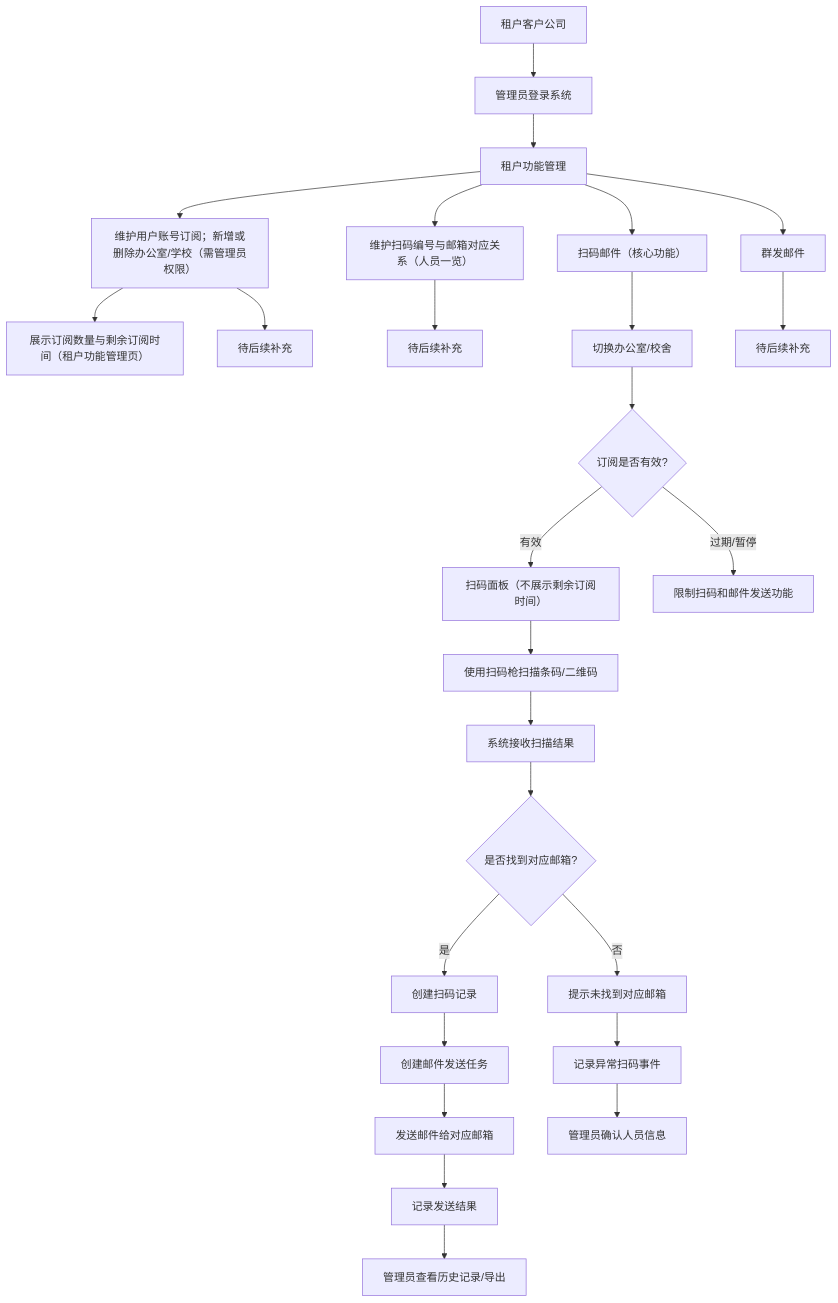
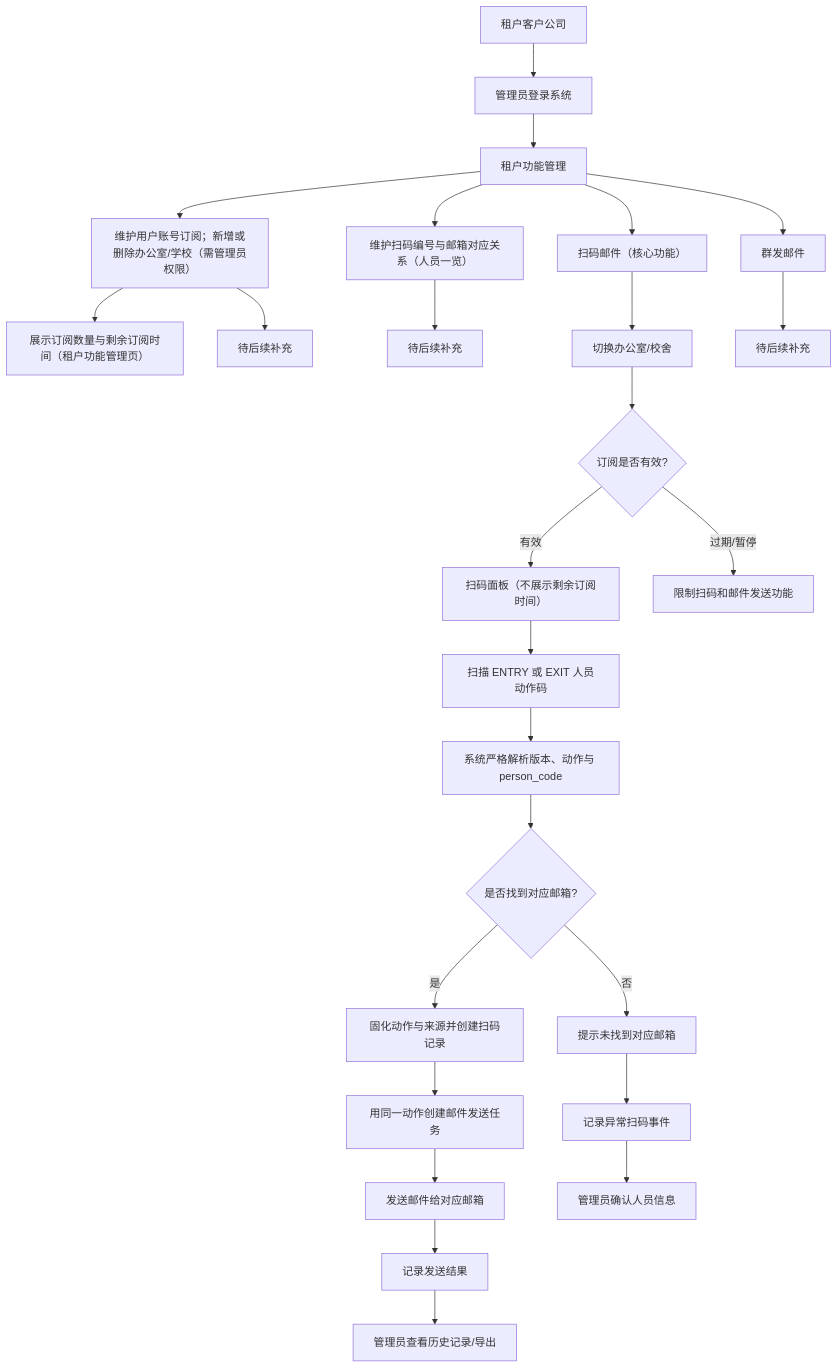
The diagram in docs/architecture.md (omajilmanbo/poolduck-mail), drawn with Mermaid before and after one commit. The commit also changed other lines of this file and 133 other files, not shown here.

````diff
--- a/docs/architecture.md
+++ b/docs/architecture.md
@@ -96,33 +118,33 @@
 ```mermaid
 flowchart TD
     A[租户客户公司] --> B[管理员登录系统]
     B --> C[租户功能管理]
     C --> CA[维护用户账号订阅；新增或删除办公室/学校（需管理员权限）]
     CA --> CA2[展示订阅数量与剩余订阅时间（租户功能管理页）]
     C --> CB[维护扫码编号与邮箱对应关系（人员一览）]
     C --> CC[扫码邮件（核心功能）]
     C --> CD[群发邮件]
     
     CA --> CA1[待后续补充]
     CB --> CB1[待后续补充]
 
     CC --> CC1[切换办公室/校舍]
     CC1 --> CC2{订阅是否有效?}
     CC2 -- 有效 --> CC3[扫码面板（不展示剩余订阅时间）]
     CC2 -- 过期/暂停 --> CC12[限制扫码和邮件发送功能]    
 
-    CC3 --> CC4[使用扫码枪扫描条码/二维码]
-    CC4 --> CC5[系统接收扫描结果]
+    CC3 --> CC4[扫描 ENTRY 或 EXIT 人员动作码]
+    CC4 --> CC5[系统严格解析版本、动作与 person_code]
     CC5 --> CC6{是否找到对应邮箱?}
-    CC6 -- 是 --> CC7[创建扫码记录]
-    CC7 --> CC8[创建邮件发送任务]
+    CC6 -- 是 --> CC7[固化动作与来源并创建扫码记录]
+    CC7 --> CC8[用同一动作创建邮件发送任务]
     CC8 --> CC9[发送邮件给对应邮箱]
     CC9 --> CC10[记录发送结果]
     CC10 --> CC11[管理员查看历史记录/导出]
 
     CC6 -- 否 --> CC13[提示未找到对应邮箱]
     CC13 --> CC14[记录异常扫码事件]
     CC14 --> CC15[管理员确认人员信息]
 
     CD --> CD1[待后续补充]
 ```
````
